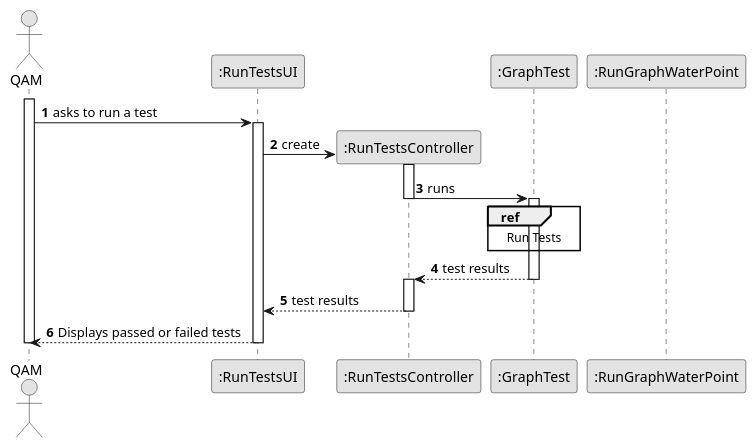
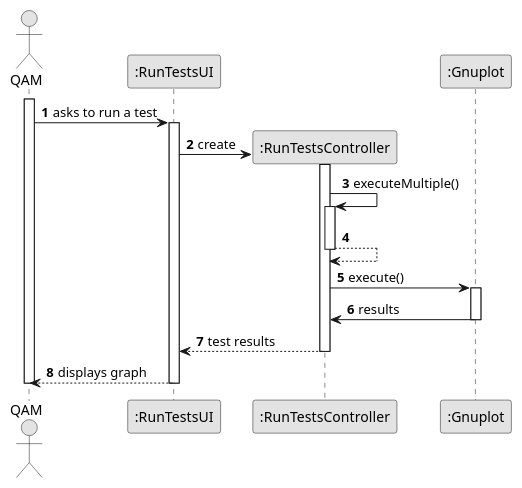
One commit to ricardomm7/leaflink changed the diagram in docs/sprintB/us014/03.design/puml/us014-sequence-diagram-full.puml. Above: the diagram before and after it, drawn with PlantUML. The commit also changed 19 other files, not shown here.

```diff
--- a/docs/sprintB/us014/03.design/puml/us014-sequence-diagram-full.puml
+++ b/docs/sprintB/us014/03.design/puml/us014-sequence-diagram-full.puml
@@ -1,49 +1,43 @@
 @startuml
 skinparam monochrome true
 skinparam packageStyle rectangle
 skinparam shadowing false
 
 autonumber
 
 
 actor "QAM" as QAM
 participant ":RunTestsUI" as UI
 participant ":RunTestsController" as CTRL
-participant ":GraphTest" as Test
-participant ":RunGraphWaterPoint" as RunGraphWP
+participant ":Gnuplot" as Gnuplot
+
 activate QAM
 
         QAM -> UI : asks to run a test
 
         activate UI
 
 
             UI -> CTRL** : create
             activate CTRL
 
-                CTRL -> Test : runs
+                CTRL -> CTRL : executeMultiple()
+                activate CTRL
+                CTRL --> CTRL
                 deactivate CTRL
-                activate Test
-
-                    ref over Test
-                                            Run Tests
-                                       end
-
-
-
-
-                Test --> CTRL : test results
-                deactivate  Test
-
-                activate CTRL
-            deactivate Test
+                CTRL -> Gnuplot : execute()
+                activate Gnuplot
+                Gnuplot -> CTRL : results
+                deactivate Gnuplot
 
             CTRL --> UI : test results
 
         deactivate CTRL
 
-    UI --> QAM : Displays passed or failed tests
+    UI --> QAM : displays graph
     deactivate UI
 deactivate QAM
 
+
+
 @enduml
```
